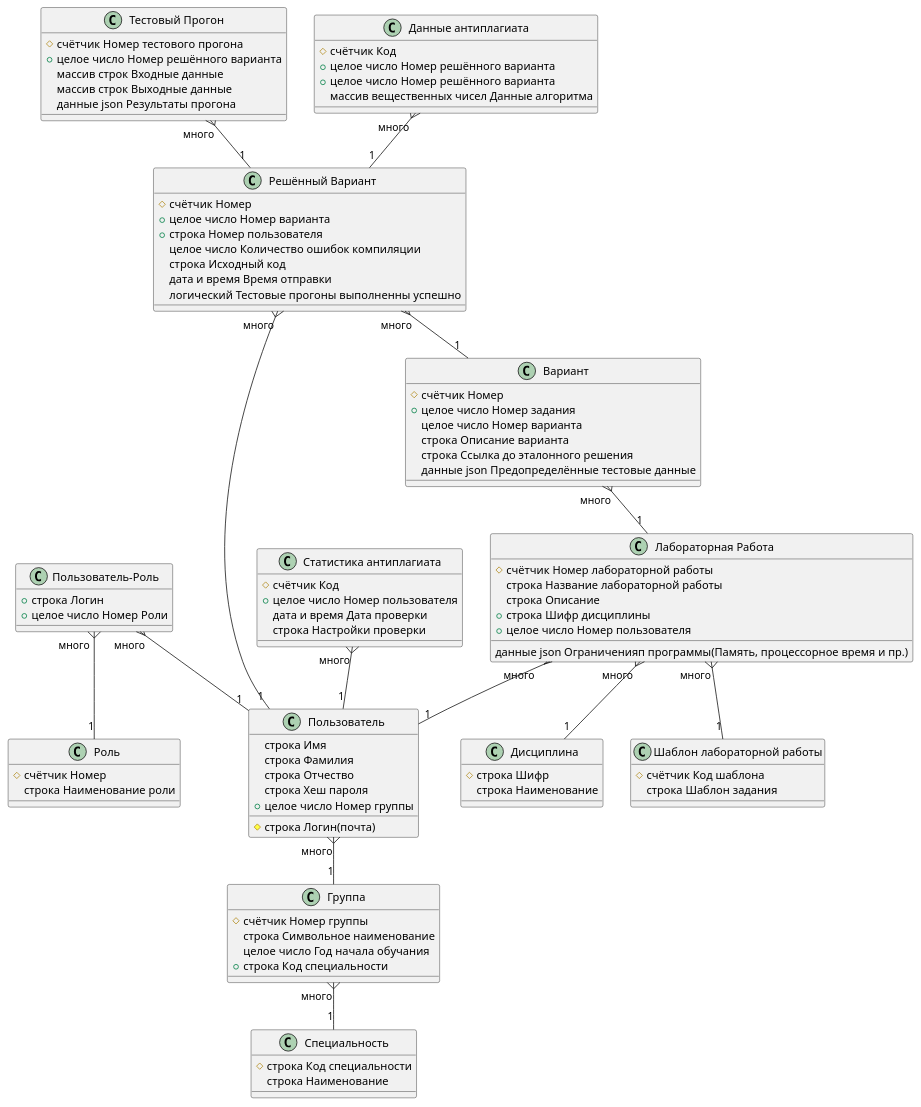
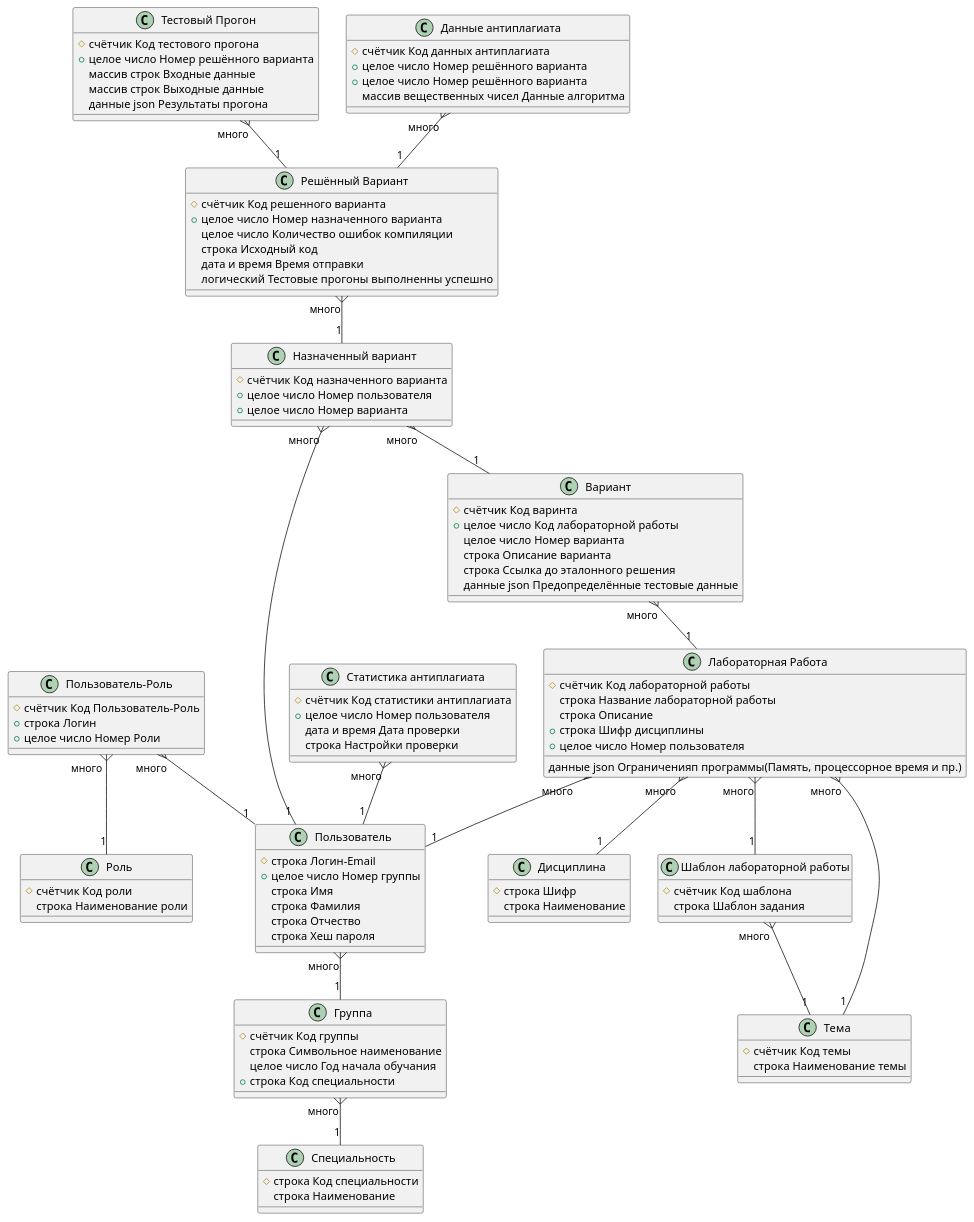
The diagram in Diagram/ER.puml (xguppy/ALS), drawn with PlantUML before and after one commit. The commit also changed 10 other files, not shown here.

Commit message:
New Entity and Redesign ER-Diagram

```diff
--- a/Diagram/ER.puml
+++ b/Diagram/ER.puml
@@ -1,122 +1,138 @@
 @startuml ERDiagramm
 
 class Пользователь
 {
-    # строка Логин(почта)
+    # строка Логин-Email
+    + целое число Номер группы
     строка Имя
     строка Фамилия
     строка Отчество
     строка Хеш пароля
-    + целое число Номер группы
 }
 
 class Роль
 {
-    # счётчик Номер
+    # счётчик Код роли
     строка Наименование роли
 }
 
 class "Пользователь-Роль"
 {
+    # счётчик Код Пользователь-Роль
     + строка Логин
     + целое число Номер Роли
 }
 
 class "Лабораторная Работа"
 {
-    # счётчик Номер лабораторной работы
+    # счётчик Код лабораторной работы
     строка Название лабораторной работы
     строка Описание
     данные json Ограниченияп программы(Память, процессорное время и пр.)
     + строка Шифр дисциплины
     + целое число Номер пользователя
 }
 
 class Вариант
 {
-    # счётчик Номер
-    + целое число Номер задания
+    # счётчик Код варинта
+    + целое число Код лабораторной работы
     целое число Номер варианта
     строка Описание варианта
     строка Ссылка до эталонного решения
     данные json Предопределённые тестовые данные
 }
 
 class "Решённый Вариант"
 {
-    # счётчик Номер
-    + целое число Номер варианта
-    + строка Номер пользователя
+    # счётчик Код решенного варианта
+    + целое число Номер назначенного варианта
     целое число Количество ошибок компиляции
     строка Исходный код
     дата и время Время отправки
     логический Тестовые прогоны выполненны успешно
 }
 
 class "Тестовый Прогон"
 {
-    # счётчик Номер тестового прогона
+    # счётчик Код тестового прогона
     + целое число Номер решённого варианта
     массив строк Входные данные
     массив строк Выходные данные
     данные json Результаты прогона
 }
 
 class Группа
 {
-    # счётчик Номер группы
+    # счётчик Код группы
     строка Символьное наименование
     целое число Год начала обучания
     + строка Код специальности
 }
 
 class Дисциплина
 {
     # строка Шифр
     строка Наименование
 }
 
 class "Данные антиплагиата"
 {
-    # счётчик Код
+    # счётчик Код данных антиплагиата
     + целое число Номер решённого варианта
     + целое число Номер решённого варианта
     массив вещественных чисел Данные алгоритма
 }
 
 class "Статистика антиплагиата"
 {
-    # счётчик Код
+    # счётчик Код статистики антиплагиата
     + целое число Номер пользователя
     дата и время Дата проверки
     строка Настройки проверки
 }
 
 class "Шаблон лабораторной работы"
 {
     # счётчик Код шаблона
     строка Шаблон задания
 }
 
 class Специальность
 {
     # строка Код специальности
     строка Наименование
 }
 
+class Тема
+{
+    # счётчик Код темы
+    строка Наименование темы
+}
+
+class "Назначенный вариант"
+{
+    # счётчик Код назначенного варианта
+    + целое число Номер пользователя
+    + целое число Номер варианта
+}
+
 "Пользователь-Роль" "много" }-- "1" Пользователь
 "Пользователь-Роль" "много "}-- "1" Роль
 
 "Лабораторная Работа" "много" }-- "1" Дисциплина
 "Данные антиплагиата" "много" }-- "1" "Решённый Вариант"
 Вариант "много" }-- "1" "Лабораторная Работа"
-"Решённый Вариант" "много" }-- "1" Вариант
-"Решённый Вариант" "много" }-- "1" Пользователь
+"Назначенный вариант" "много" }-- "1" Вариант
+"Назначенный вариант" "много" }-- "1" Пользователь
+"Решённый Вариант" "много" }-- "1" "Назначенный вариант"
 Пользователь "много" }-- "1" Группа
 Группа "много" }-- "1" Специальность
+"Лабораторная Работа" "много" }-- "1" Тема
+"Шаблон лабораторной работы" "много" }-- "1" Тема
 "Статистика антиплагиата" "много" }-- "1" Пользователь
 "Лабораторная Работа" "много" }-- "1" "Шаблон лабораторной работы"
 "Лабораторная Работа" "много" }-- "1" Пользователь
 "Тестовый Прогон" "много" }-- "1" "Решённый Вариант"
 
 @enduml
```
